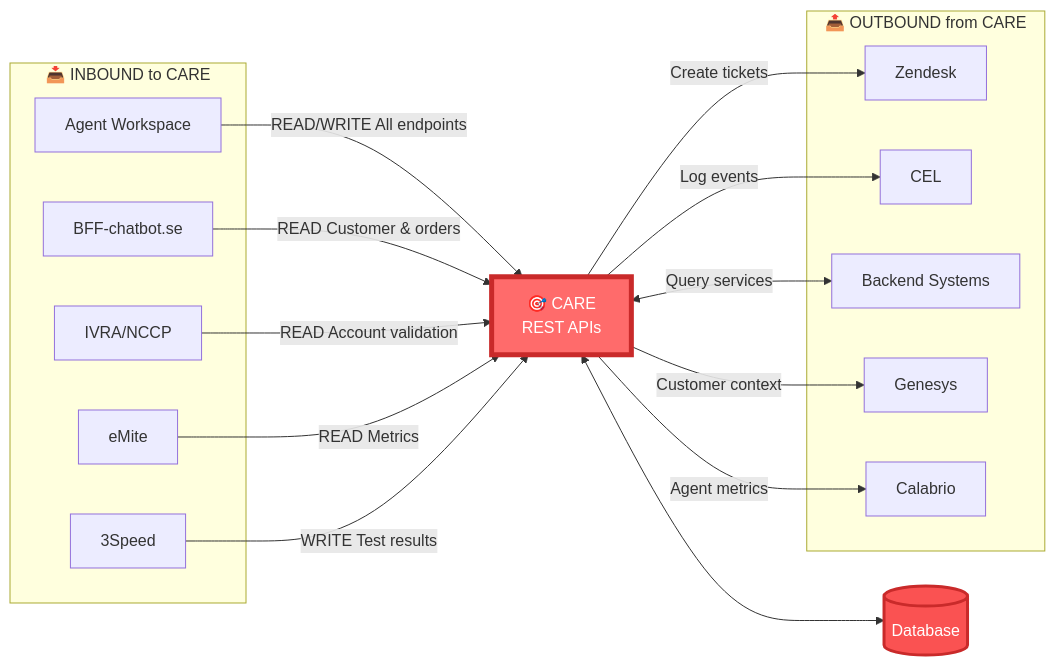
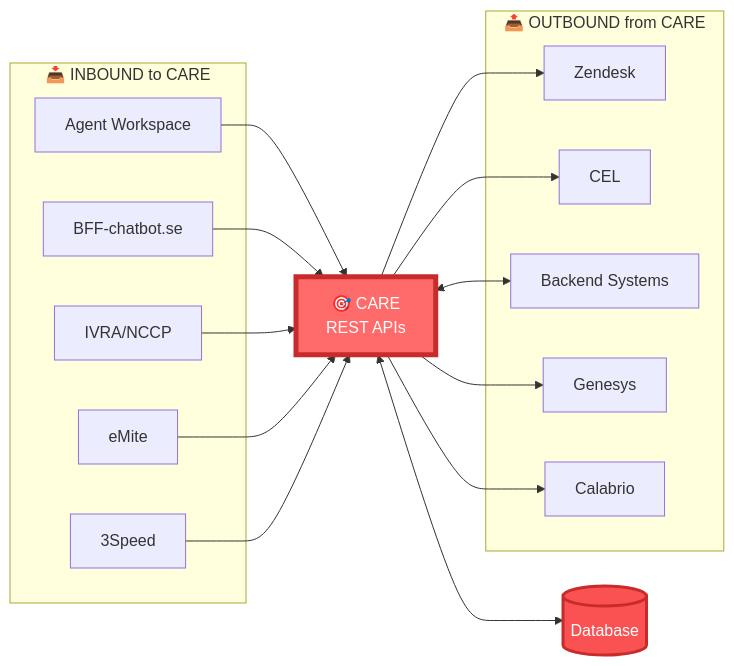
Before and after one commit to gill001-Tre/CCT-apps-understanding-document: the fourth of 4 diagrams in CCT-apps-description/CARE/integration-details/README.md, drawn with Mermaid. The commit also changed other lines of this file and 1 other file, not shown here.

Commit message:
Restructure integrations: remove workflows, create comprehensive inbound/outbound tables with detailed columns

````diff
--- a/CCT-apps-description/CARE/integration-details/README.md
+++ b/CCT-apps-description/CARE/integration-details/README.md
@@ -232,38 +194,38 @@
 ```mermaid
 graph LR
     subgraph IN["📥 INBOUND to CARE"]
         IN1[Agent Workspace]
         IN2[BFF-chatbot.se]
         IN3[IVRA/NCCP]
         IN4[eMite]
         IN5[3Speed]
     end
     
     CARE["🎯 CARE<br/>REST APIs"]
     DB[(Database)]
     
     subgraph OUT["📤 OUTBOUND from CARE"]
         OUT1[Zendesk]
         OUT2[CEL]
         OUT3[Backend Systems]
         OUT4[Genesys]
         OUT5[Calabrio]
     end
     
-    IN1 -->|READ/WRITE All endpoints| CARE
-    IN2 -->|READ Customer & orders| CARE
-    IN3 -->|READ Account validation| CARE
-    IN4 -->|READ Metrics| CARE
-    IN5 -->|WRITE Test results| CARE
+    IN1 --> CARE
+    IN2 --> CARE
+    IN3 --> CARE
+    IN4 --> CARE
+    IN5 --> CARE
     
     CARE <--> DB
     
-    CARE -->|Create tickets| OUT1
-    CARE -->|Log events| OUT2
-    CARE <-->|Query services| OUT3
-    CARE -->|Customer context| OUT4
-    CARE -->|Agent metrics| OUT5
+    CARE --> OUT1
+    CARE --> OUT2
+    CARE <--> OUT3
+    CARE --> OUT4
+    CARE --> OUT5
     
     style CARE fill:#ff6b6b,stroke:#c92a2a,stroke-width:5px,color:#fff
     style DB fill:#fa5252,stroke:#c92a2a,stroke-width:3px,color:#fff
 ```
````
